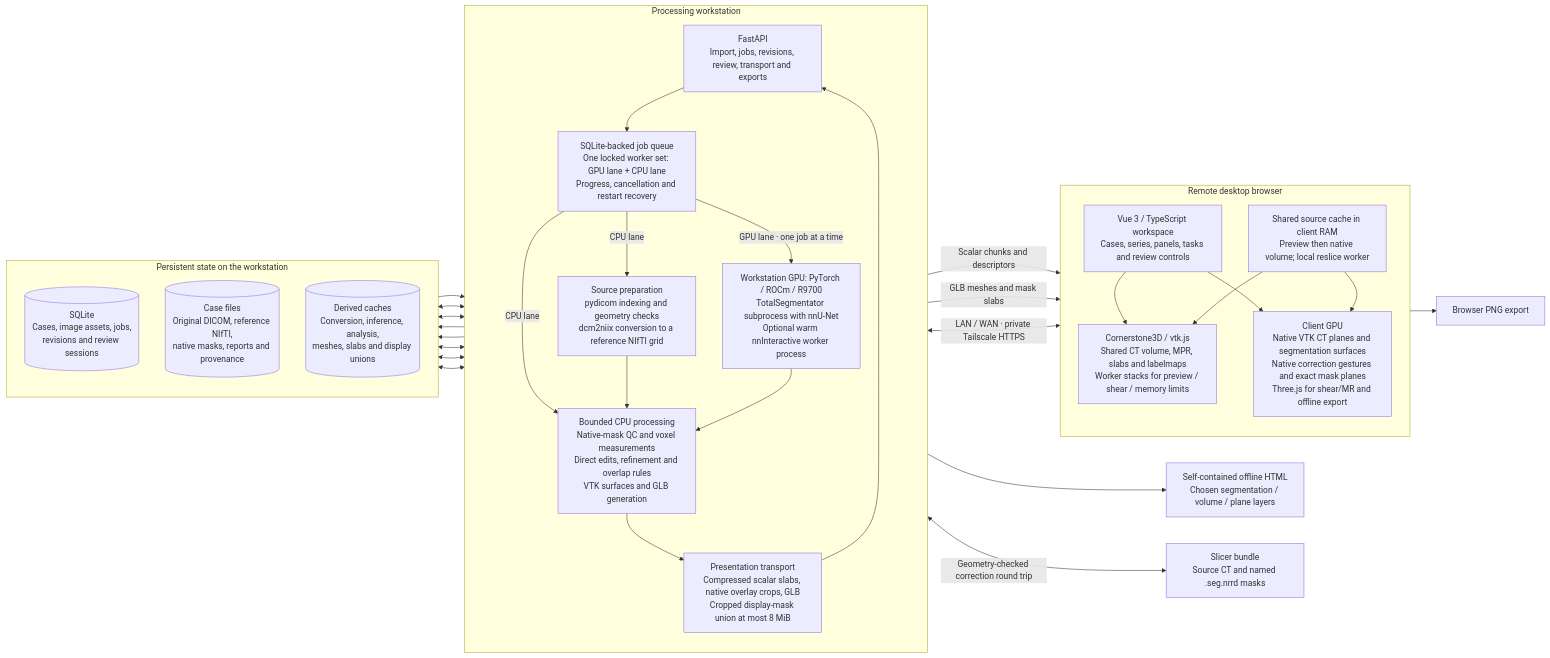
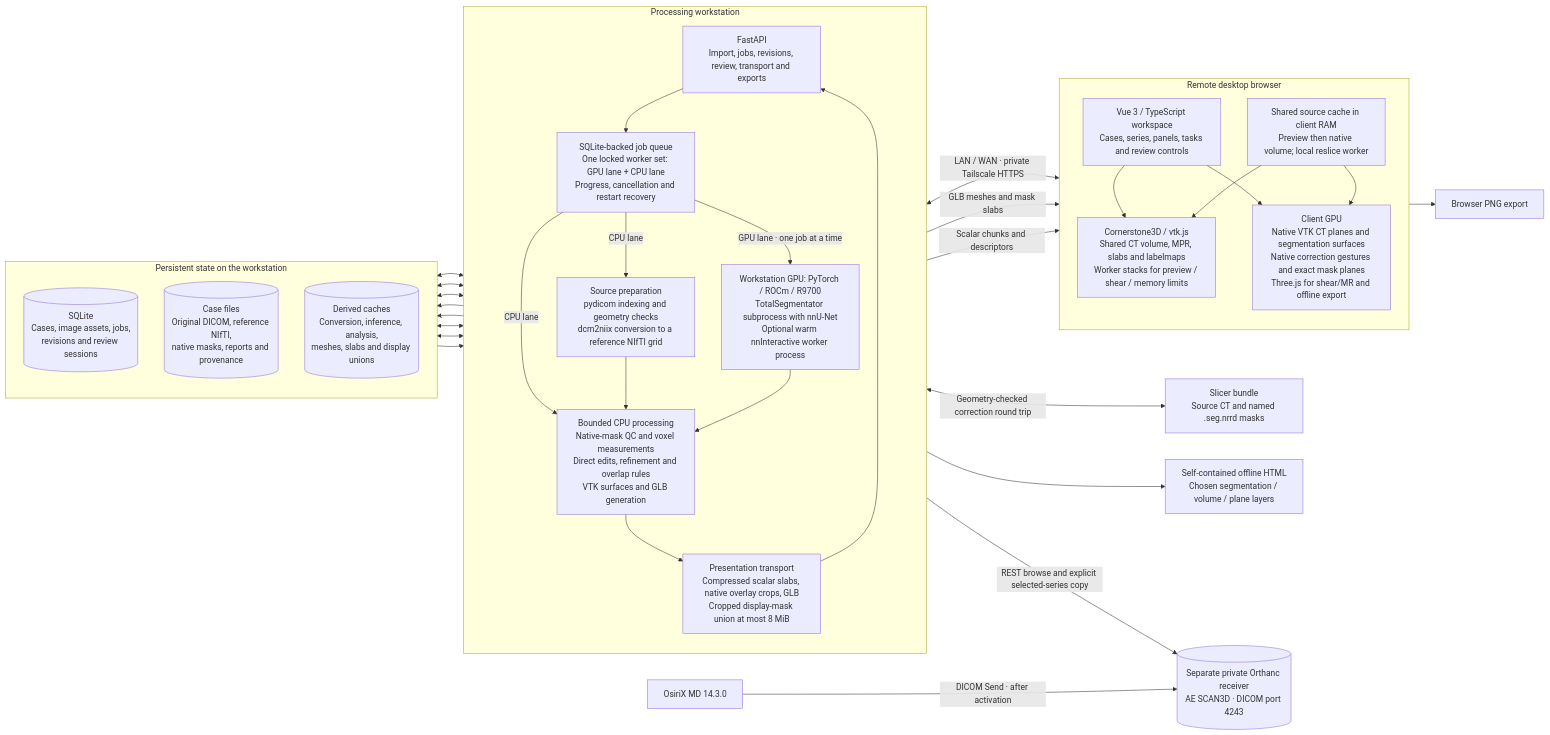
One commit to Truth129/3DScan changed the first of 3 diagrams in docs/ARCHITECTURE.md. Above: the diagram before and after it, drawn with Mermaid. The commit also changed other lines of this file and 3 other files, not shown here.

Commit message:
Document incoming Orthanc operation and staged OsiriX activation

````diff
--- a/docs/ARCHITECTURE.md
+++ b/docs/ARCHITECTURE.md
@@ -28,55 +28,57 @@
 ```mermaid
 flowchart LR
   subgraph CLIENT["Remote desktop browser"]
     direction TB
     UI["Vue 3 / TypeScript workspace<br/>Cases, series, panels, tasks and review controls"]
     RAM["Shared source cache in client RAM<br/>Preview then native volume; local reslice worker"]
     CT["Cornerstone3D / vtk.js<br/>Shared CT volume, MPR, slabs and labelmaps<br/>Worker stacks for preview / shear / memory limits"]
     WEBGL["Client GPU<br/>Native VTK CT planes and segmentation surfaces<br/>Native correction gestures and exact mask planes<br/>Three.js for shear/MR and offline export"]
     UI --> CT
     UI --> WEBGL
     RAM --> CT
     RAM --> WEBGL
   end
 
   subgraph HOST["Processing workstation"]
     direction TB
     API["FastAPI<br/>Import, jobs, revisions, review, transport and exports"]
     QUEUE["SQLite-backed job queue<br/>One locked worker set: GPU lane + CPU lane<br/>Progress, cancellation and restart recovery"]
     PREP["Source preparation<br/>pydicom indexing and geometry checks<br/>dcm2niix conversion to a reference NIfTI grid"]
     GPU["Workstation GPU: PyTorch / ROCm / R9700<br/>TotalSegmentator subprocess with nnU-Net<br/>Optional warm nnInteractive worker process"]
     CPU["Bounded CPU processing<br/>Native-mask QC and voxel measurements<br/>Direct edits, refinement and overlap rules<br/>VTK surfaces and GLB generation"]
     TRANSPORT["Presentation transport<br/>Compressed scalar slabs, native overlay crops, GLB<br/>Cropped display-mask union at most 8 MiB"]
     API --> QUEUE
     QUEUE -->|"CPU lane"| PREP
     QUEUE -->|"GPU lane · one job at a time"| GPU
     QUEUE -->|"CPU lane"| CPU
     PREP --> CPU
     GPU --> CPU
     CPU --> TRANSPORT
     TRANSPORT --> API
   end
 
   subgraph STATE["Persistent state on the workstation"]
     direction TB
     DB[("SQLite<br/>Cases, image assets, jobs,<br/>revisions and review sessions")]
     FILES[("Case files<br/>Original DICOM, reference NIfTI,<br/>native masks, reports and provenance")]
     CACHE[("Derived caches<br/>Conversion, inference, analysis,<br/>meshes, slabs and display unions")]
   end
 
   UI <-->|"LAN / WAN · private Tailscale HTTPS"| API
+  OSIRIX["OsiriX MD 14.3.0"] -->|"DICOM Send · after activation"| ORTHANC[("Separate private Orthanc receiver<br/>AE SCAN3D · DICOM port 4243")]
+  API -->|"REST browse and explicit selected-series copy"| ORTHANC
   API -->|"Scalar chunks and descriptors"| RAM
   API -->|"GLB meshes and mask slabs"| WEBGL
   API <--> DB
   QUEUE <--> DB
   PREP --> FILES
   CPU --> FILES
   FILES --> TRANSPORT
   CPU <--> CACHE
   GPU <--> CACHE
   TRANSPORT <--> CACHE
 
   API --> HTML["Self-contained offline HTML<br/>Chosen segmentation / volume / plane layers"]
   API <-->|"Geometry-checked correction round trip"| SLICER["Slicer bundle<br/>Source CT and named .seg.nrrd masks"]
   WEBGL --> PNG["Browser PNG export"]
 ```
````
